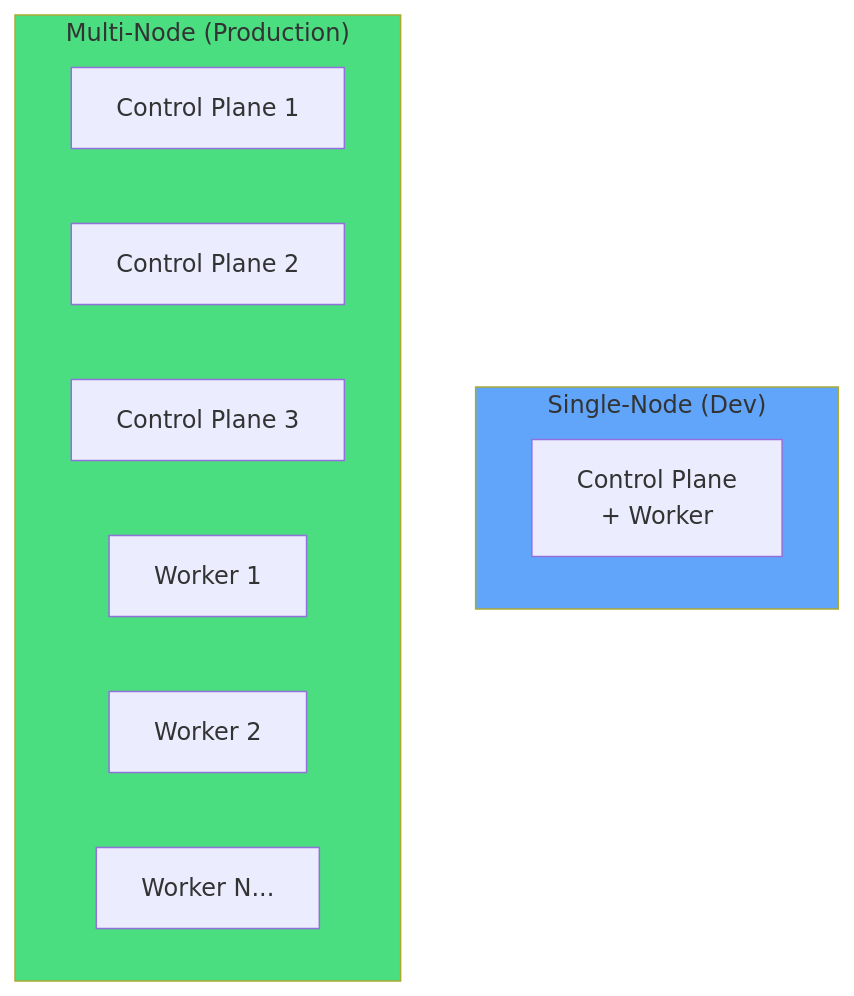
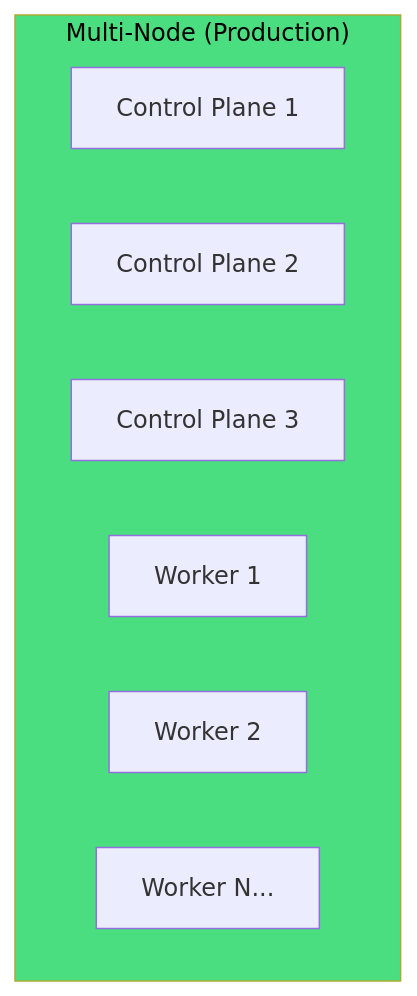
One commit to courselabs/kubernetes changed the third of 12 diagrams in slides/clusters/slides.md. Above: the diagram before and after it, drawn with Mermaid. The commit also changed other lines of this file and 7 other files, not shown here.

````diff
--- a/slides/clusters/slides.md
+++ b/slides/clusters/slides.md
@@ -23,16 +96,12 @@
 ```mermaid
 graph TB
-    subgraph Single["Single-Node (Dev)"]
-        S1[Control Plane<br/>+ Worker]
-    end
     subgraph Multi["Multi-Node (Production)"]
         CP1[Control Plane 1]
         CP2[Control Plane 2]
         CP3[Control Plane 3]
         W1[Worker 1]
         W2[Worker 2]
         W3[Worker N...]
     end
-    style Single fill:#60a5fa
-    style Multi fill:#4ade80
+    style Multi fill:#4ade80,color:#000
 ```
````
